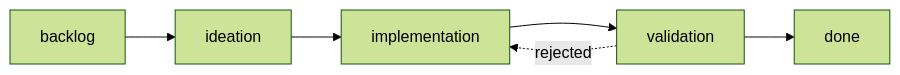
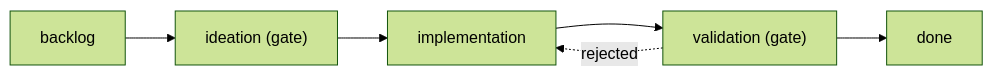
The diagram in docs/site/concepts/stage-lifecycle.md (spacedock-dev/spacedock), drawn with Mermaid (forest theme) before and after one commit. The commit also changed other lines of this file, not shown here.

Commit message:
docs site: gates annotated in the stage diagram; gate links to the concept page

````diff
--- a/docs/site/concepts/stage-lifecycle.md
+++ b/docs/site/concepts/stage-lifecycle.md
@@ -7,5 +7,5 @@
 ```mermaid
 flowchart LR
-  backlog --> ideation --> implementation --> validation --> done
+  backlog --> ideation["ideation (gate)"] --> implementation --> validation["validation (gate)"] --> done
   validation -. rejected .-> implementation
 ```
````
